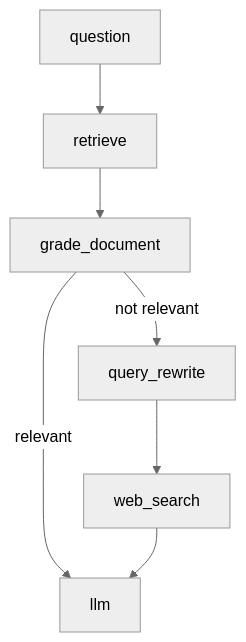
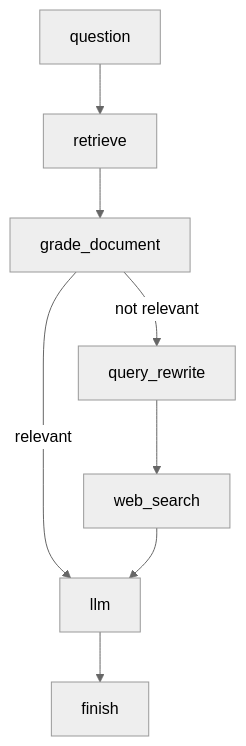
The third of 4 diagrams in study-notes/langchain/part10-lang-graph/chapter4-lang-graph-use-cases.md (gukyue88/dev-notes), drawn with Mermaid (neutral theme) before and after one commit. The commit also changed other lines of this file, not shown here.

Commit message:
Add contents to langchain/chapter4-lang-graph-use-cases.md

````diff
--- a/study-notes/langchain/part10-lang-graph/chapter4-lang-graph-use-cases.md
+++ b/study-notes/langchain/part10-lang-graph/chapter4-lang-graph-use-cases.md
@@ -46,11 +46,13 @@
 ```mermaid
-graph TD
+flowchart TD
     question --> retrieve
     retrieve --> grade_document
 
     grade_document -- relevant --> llm
 
     grade_document -- not relevant --> query_rewrite
     query_rewrite --> web_search
     web_search --> llm
+
+    llm --> finish
 ```
````
